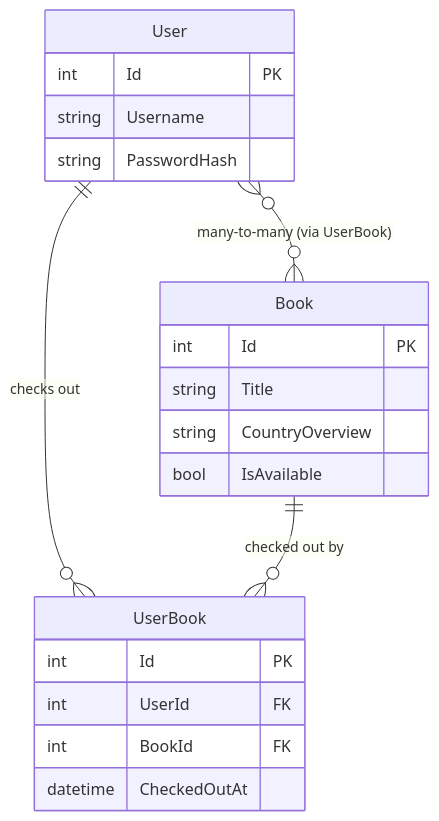
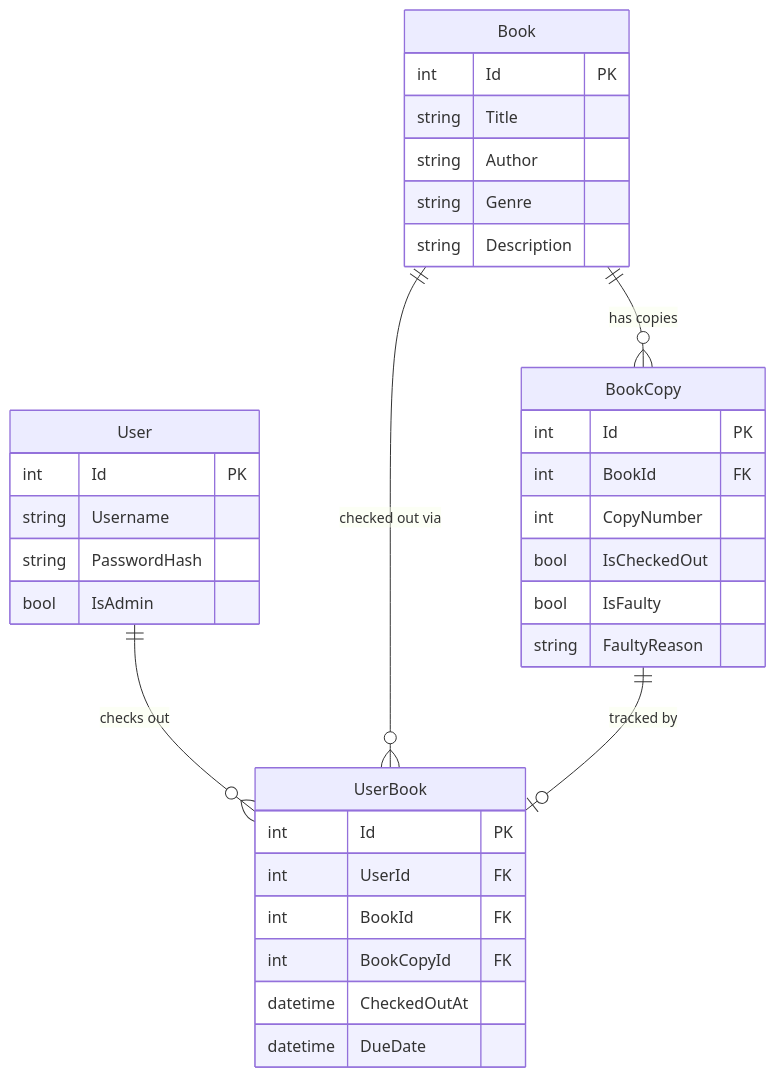
One commit to wasiddiqui-glitch/Adalfi_Practice changed the diagram in library-management-system/ERD.md. Above: the diagram before and after it, drawn with Mermaid.

Commit message:
Updated ERD

````diff
--- a/library-management-system/ERD.md
+++ b/library-management-system/ERD.md
@@ -1,26 +1,40 @@
 ```mermaid
 erDiagram
     User {
         int Id PK
         string Username
         string PasswordHash
+        bool IsAdmin
     }
 
     Book {
         int Id PK
         string Title
-        string CountryOverview
-        bool IsAvailable
+        string Author
+        string Genre
+        string Description
+    }
+
+    BookCopy {
+        int Id PK
+        int BookId FK
+        int CopyNumber
+        bool IsCheckedOut
+        bool IsFaulty
+        string FaultyReason
     }
 
     UserBook {
         int Id PK
         int UserId FK
         int BookId FK
+        int BookCopyId FK
         datetime CheckedOutAt
+        datetime DueDate
     }
 
     User ||--o{ UserBook : "checks out"
-    Book ||--o{ UserBook : "checked out by"
-    User }o--o{ Book : "many-to-many (via UserBook)"
+    Book ||--o{ BookCopy : "has copies"
+    Book ||--o{ UserBook : "checked out via"
+    BookCopy ||--o| UserBook : "tracked by"
 ```
````
